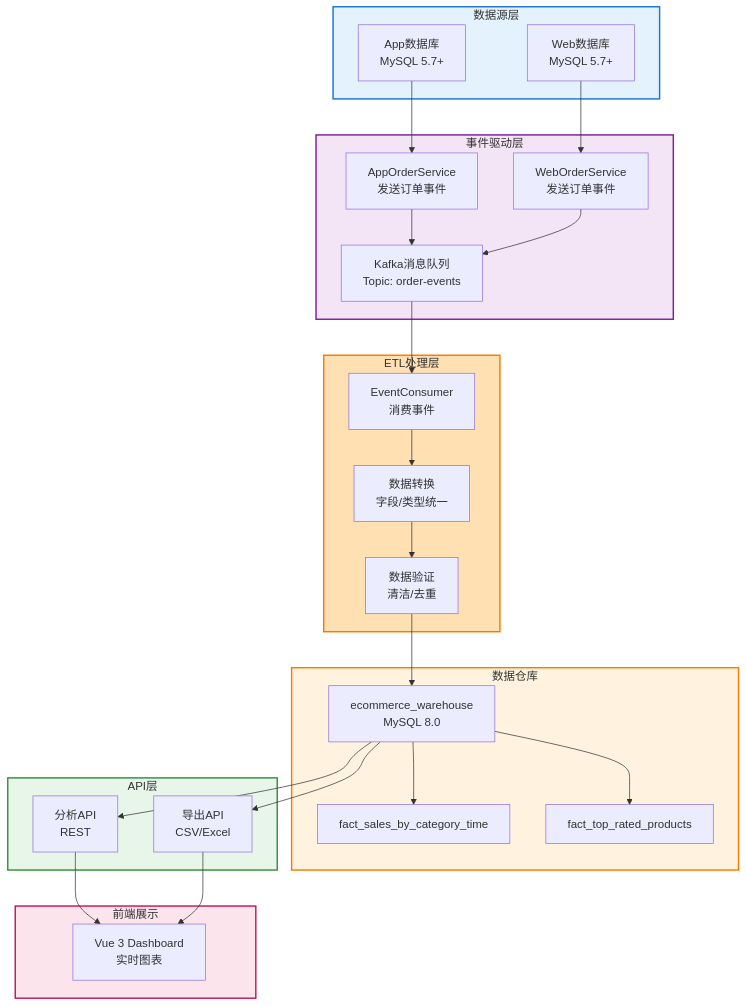
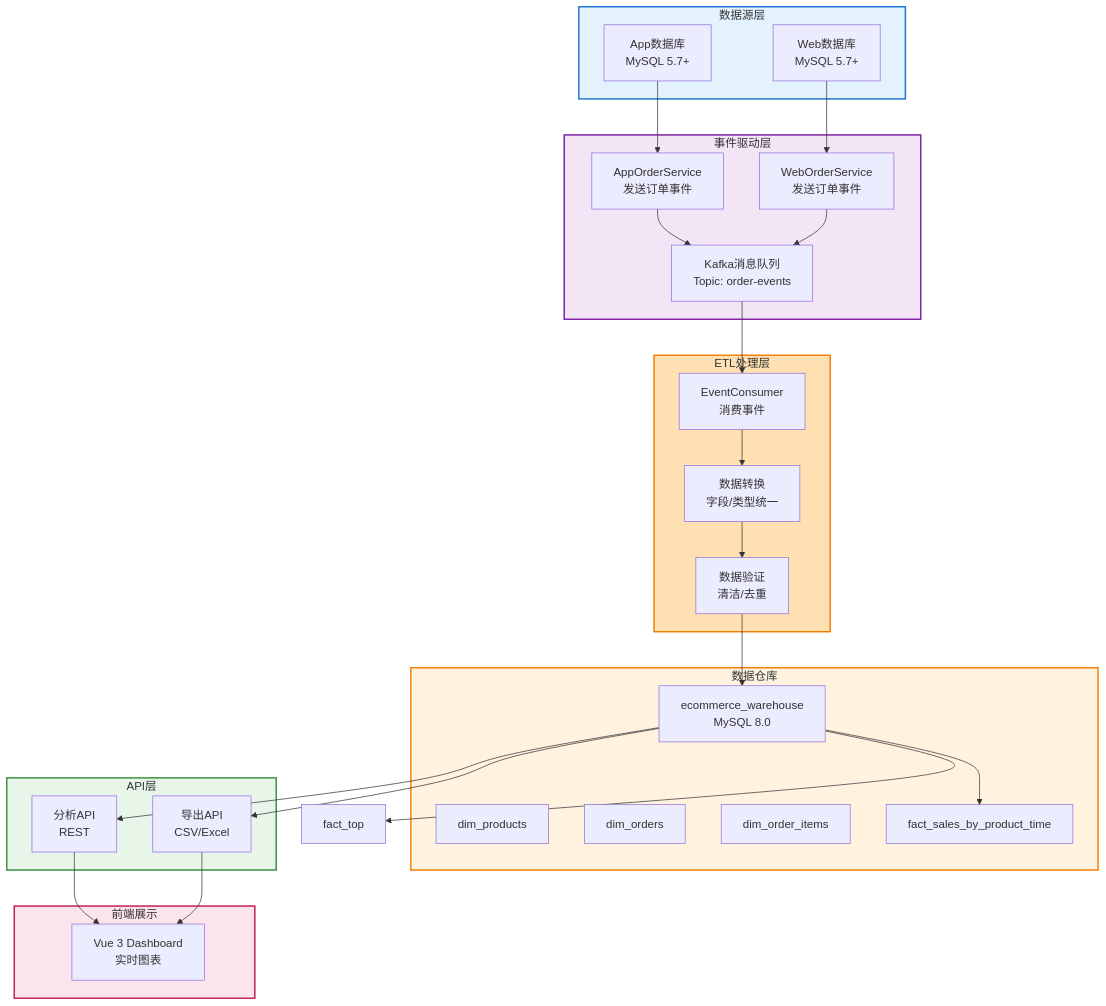
Before and after one commit to jianglei919/ecommerce_data_warehouse: the second of 8 diagrams in TECH_SOLUTION.md, drawn with Mermaid. The commit also changed other lines of this file and 2 other files, not shown here.

Commit message:
feat: Update technical solution documents with new data synchronization design

````diff
--- a/TECH_SOLUTION.md
+++ b/TECH_SOLUTION.md
@@ -84,56 +84,58 @@
 ```mermaid
 graph TB
     subgraph source["数据源层"]
         app["App数据库<br/>MySQL 5.7+"]
         web["Web数据库<br/>MySQL 5.7+"]
     end
 
     subgraph event["事件驱动层"]
         app_event["AppOrderService<br/>发送订单事件"]
         web_event["WebOrderService<br/>发送订单事件"]
         kafka["Kafka消息队列<br/>Topic: order-events"]
     end
 
     subgraph etl["ETL处理层"]
         consumer["EventConsumer<br/>消费事件"]
         transform["数据转换<br/>字段/类型统一"]
         validate["数据验证<br/>清洁/去重"]
     end
 
     subgraph warehouse["数据仓库"]
         warehouse_db["ecommerce_warehouse<br/>MySQL 8.0"]
-        fact_sales["fact_sales_by_category_time"]
-        fact_top["fact_top_rated_products"]
+        dim_prod["dim_products"]
+        dim_ord["dim_orders"]
+        dim_items["dim_order_items"]
+        fact_sales["fact_sales_by_product_time"]
     end
 
     subgraph api["API层"]
         analytics_api["分析API<br/>REST"]
         export_api["导出API<br/>CSV/Excel"]
     end
 
     subgraph frontend["前端展示"]
         dashboard["Vue 3 Dashboard<br/>实时图表"]
     end
 
     app --> app_event
     web --> web_event
     app_event --> kafka
     web_event --> kafka
     kafka --> consumer
     consumer --> transform
     transform --> validate
     validate --> warehouse_db
     warehouse_db --> fact_sales
     warehouse_db --> fact_top
     warehouse_db --> analytics_api
     warehouse_db --> export_api
     analytics_api --> dashboard
     export_api --> dashboard
 
     style source fill:#e3f2fd,stroke:#1976d2,stroke-width:2px
     style event fill:#f3e5f5,stroke:#7b1fa2,stroke-width:2px
     style etl fill:#ffe0b2,stroke:#f57c00,stroke-width:2px
     style warehouse fill:#fff3e0,stroke:#f57c00,stroke-width:2px
     style api fill:#e8f5e9,stroke:#388e3c,stroke-width:2px
     style frontend fill:#fce4ec,stroke:#c2185b,stroke-width:2px
 ```
````
